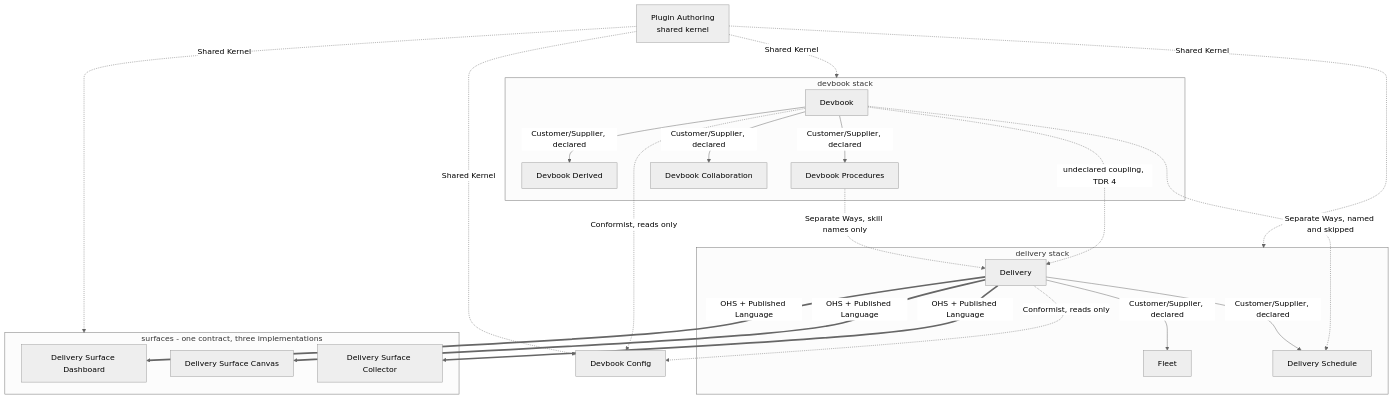
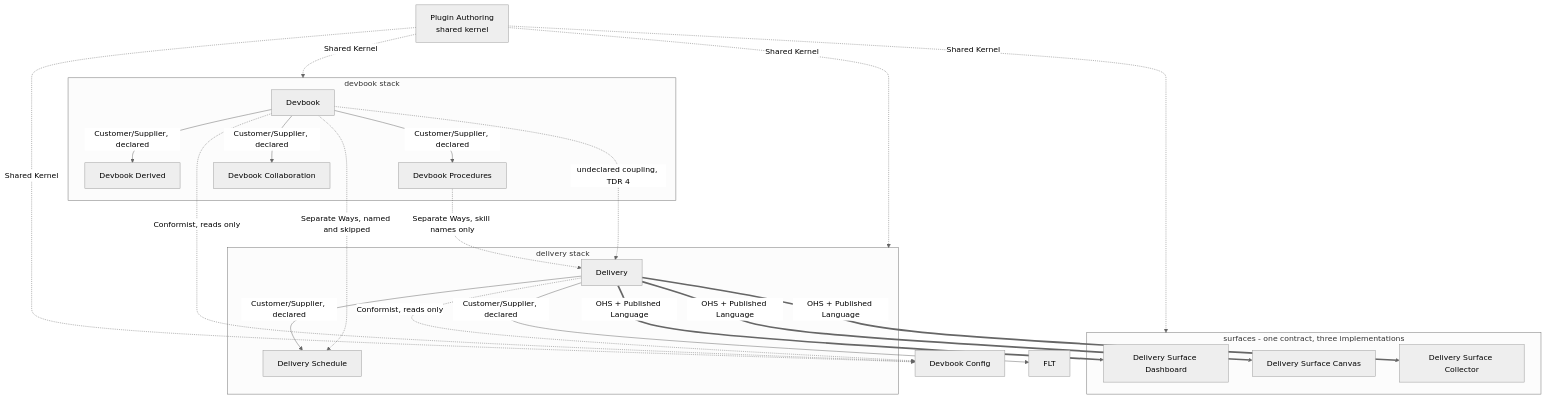
One commit to JSdotNet/devbook changed the diagram in .devbook/domain/context-map.md. Above: the diagram before and after it, drawn with Mermaid (neutral theme). The commit also changed other lines of this file and 46 other files, not shown here.

````diff
--- a/.devbook/domain/context-map.md
+++ b/.devbook/domain/context-map.md
@@ -47,47 +46,46 @@
 ```mermaid
 flowchart TB
     PA["Plugin Authoring<br/>shared kernel"]
 
     subgraph devbookStack["devbook stack"]
         DB["Devbook"]
         DBD["Devbook Derived"]
         DPR["Devbook Procedures"]
         DBC["Devbook Collaboration"]
     end
 
     subgraph deliveryStack["delivery stack"]
         DEL["Delivery"]
-        FLT["Fleet"]
         SCH["Delivery Schedule"]
     end
 
     subgraph surfaces["surfaces - one contract, three implementations"]
         SD["Delivery Surface Dashboard"]
         SC["Delivery Surface Canvas"]
         SL["Delivery Surface Collector"]
     end
 
     CFG["Devbook Config"]
 
     PA -.->|"Shared Kernel"| devbookStack
     PA -.->|"Shared Kernel"| deliveryStack
     PA -.->|"Shared Kernel"| surfaces
     PA -.->|"Shared Kernel"| CFG
 
     DB -->|"Customer/Supplier, declared"| DBD
     DB -->|"Customer/Supplier, declared"| DPR
     DPR -.->|"Separate Ways, skill names only"| DEL
     DB -->|"Customer/Supplier, declared"| DBC
     DEL -->|"Customer/Supplier, declared"| FLT
     DEL -->|"Customer/Supplier, declared"| SCH
 
     DB -.->|"Separate Ways, named and skipped"| SCH
     DB -.->|"undeclared coupling, TDR 4"| DEL
 
     DEL ==>|"OHS + Published Language"| SD
     DEL ==>|"OHS + Published Language"| SC
     DEL ==>|"OHS + Published Language"| SL
 
     DEL -.->|"Conformist, reads only"| CFG
     DB -.->|"Conformist, reads only"| CFG
 ```
````
